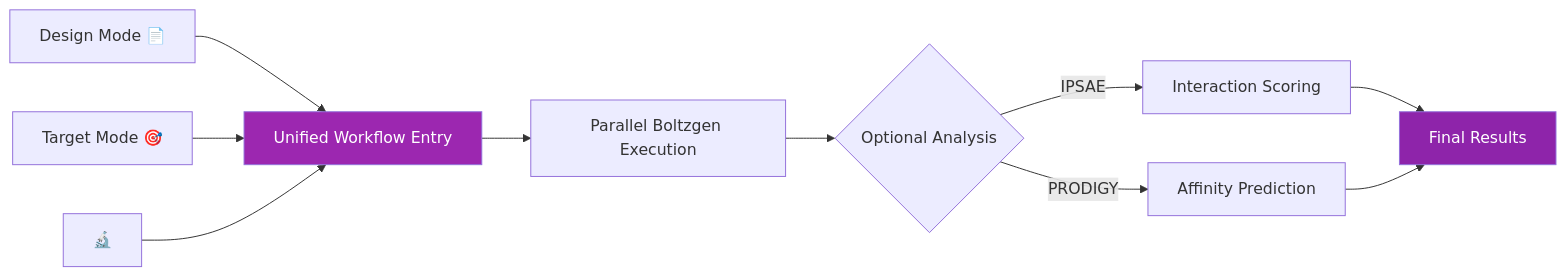
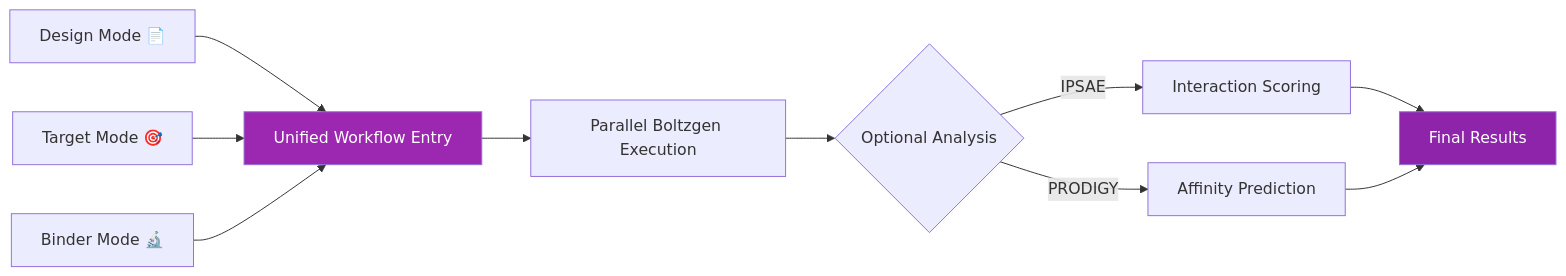
Before and after one commit to seqeralabs/nf-proteindesign: the diagram in docs/modes/overview.md, drawn with Mermaid. The commit also changed other lines of this file and 3 other files, not shown here.

````diff
--- a/docs/modes/overview.md
+++ b/docs/modes/overview.md
@@ -20,16 +20,16 @@
 ```mermaid
 flowchart LR
     A[Design Mode 📄] --> D[Unified Workflow Entry]
     B[Target Mode 🎯] --> D
-    C[ 🔬] --> D
+    C[Binder Mode 🔬] --> D
     
     D --> E[Parallel Boltzgen Execution]
     E --> F{Optional Analysis}
     F -->|IPSAE| G[Interaction Scoring]
     F -->|PRODIGY| H[Affinity Prediction]
     G --> I[Final Results]
     H --> I
     
     style D fill:#9C27B0,color:#fff
     style I fill:#8E24AA,color:#fff
 ```
````
